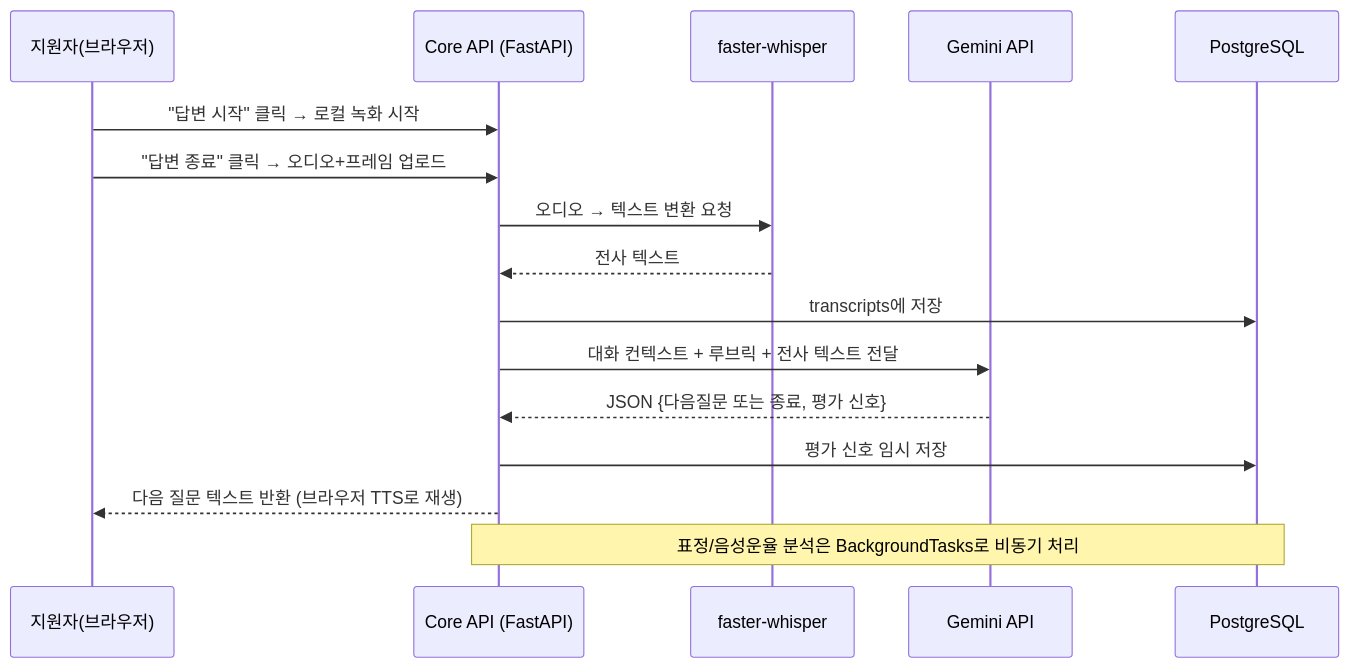
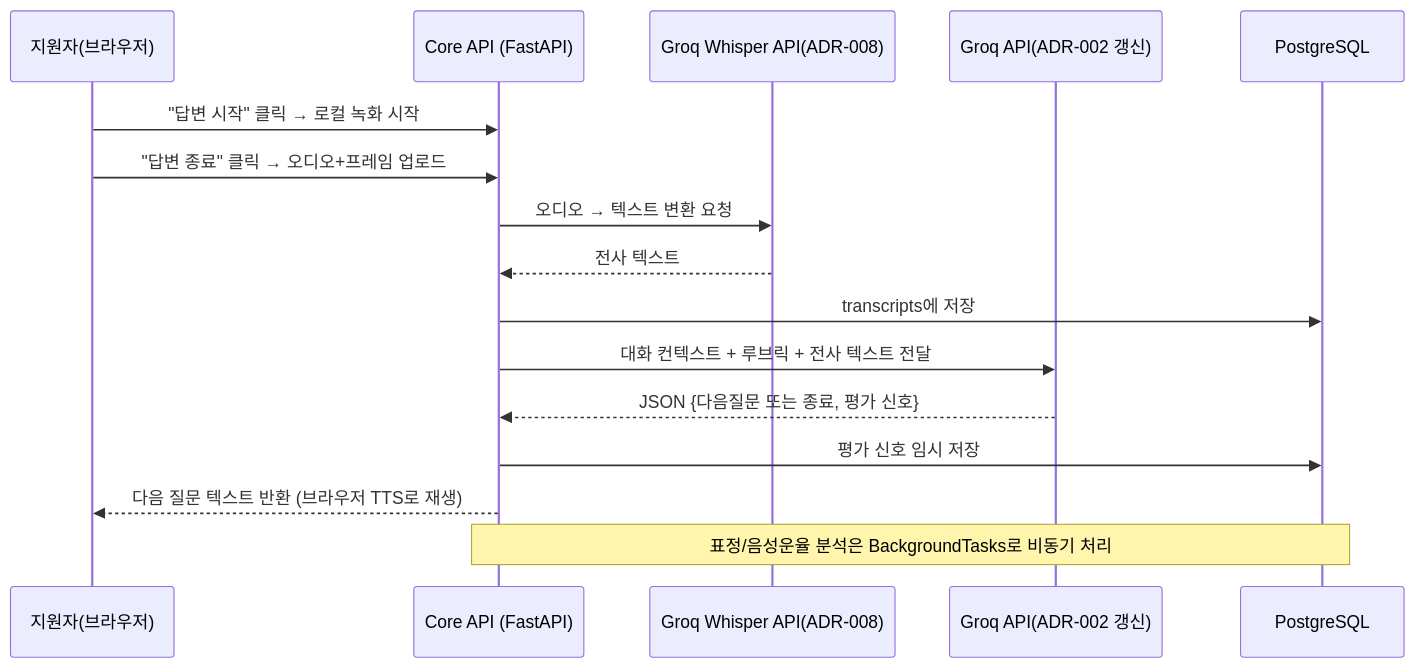
Before and after one commit to jcs19752510-ui/final-project: the second of 2 diagrams in docs/trd/aimock_master_trd.md, drawn with Mermaid. The commit also changed other lines of this file and 22 other files, not shown here.

````diff
--- a/docs/trd/aimock_master_trd.md
+++ b/docs/trd/aimock_master_trd.md
@@ -72,19 +72,19 @@
 ```mermaid
 sequenceDiagram
     participant U as 지원자(브라우저)
     participant API as Core API (FastAPI)
-    participant STT as faster-whisper
-    participant LLM as Gemini API
+    participant STT as Groq Whisper API(ADR-008)
+    participant LLM as Groq API(ADR-002 갱신)
     participant DB as PostgreSQL
 
     U->>API: "답변 시작" 클릭 → 로컬 녹화 시작
     U->>API: "답변 종료" 클릭 → 오디오+프레임 업로드
     API->>STT: 오디오 → 텍스트 변환 요청
     STT-->>API: 전사 텍스트
     API->>DB: transcripts에 저장
     API->>LLM: 대화 컨텍스트 + 루브릭 + 전사 텍스트 전달
     LLM-->>API: JSON {다음질문 또는 종료, 평가 신호}
     API->>DB: 평가 신호 임시 저장
     API-->>U: 다음 질문 텍스트 반환 (브라우저 TTS로 재생)
     Note over API,DB: 표정/음성운율 분석은 BackgroundTasks로 비동기 처리
 ```
````
